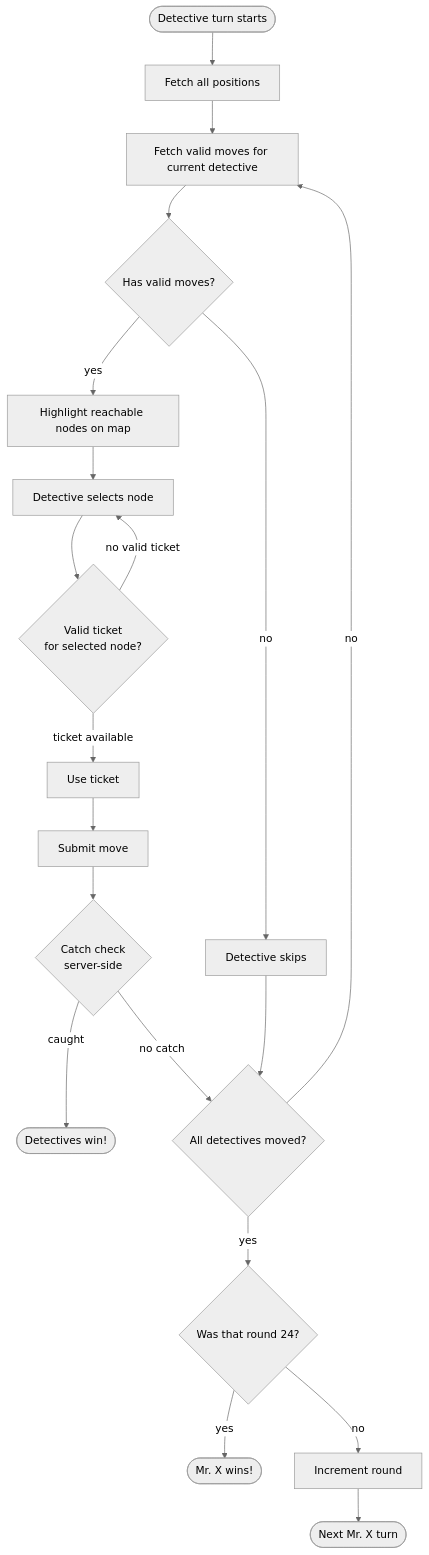
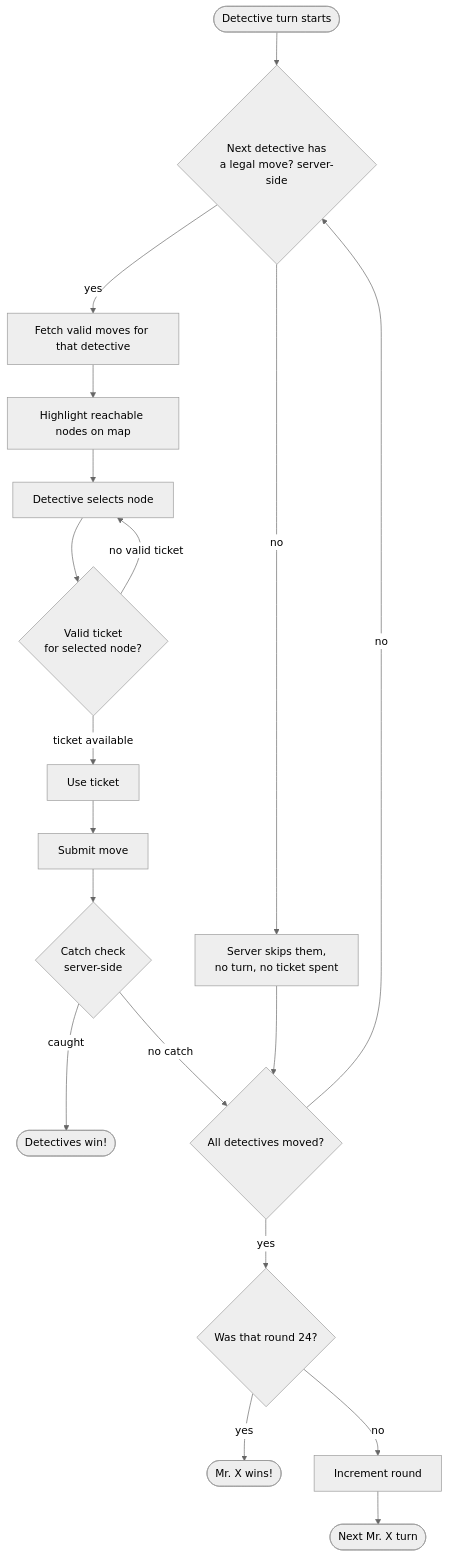
Before and after one commit to Ming-Bao/HuntingMrX: the third of 3 diagrams in documentation/plans/flowcharts.md, drawn with Mermaid (neutral theme). The commit also changed 2 other files, not shown here.

Commit message:
small consistnecy fixes

````diff
--- a/documentation/plans/flowcharts.md
+++ b/documentation/plans/flowcharts.md
@@ -66,23 +66,22 @@
 ``` mermaid
 flowchart TD
-    A([Detective turn starts]) --> B[Fetch all positions]
-    B --> C[Fetch valid moves for current detective]
-    C --> D{Has valid moves?}
-    D -- no --> E[Detective skips]
-    D -- yes --> F[Highlight reachable nodes on map]
+    A([Detective turn starts]) --> D{Next detective has\na legal move? server-side}
+    D -- no --> E[Server skips them,\nno turn, no ticket spent]
+    D -- yes --> C[Fetch valid moves for that detective]
+    C --> F[Highlight reachable nodes on map]
     F --> G[Detective selects node]
     G --> H{Valid ticket\nfor selected node?}
     H -- no valid ticket --> G
     H -- ticket available --> I[Use ticket]
     I --> J[Submit move]
     J --> K{Catch check\nserver-side}
     K -- caught --> L([Detectives win!])
     K -- no catch --> M{All detectives moved?}
     E --> M
-    M -- no --> C
+    M -- no --> D
     M -- yes --> O{Was that round 24?}
     O -- yes --> P([Mr. X wins!])
     O -- no --> N[Increment round]
     N --> Q([Next Mr. X turn])
   
 ```
````
